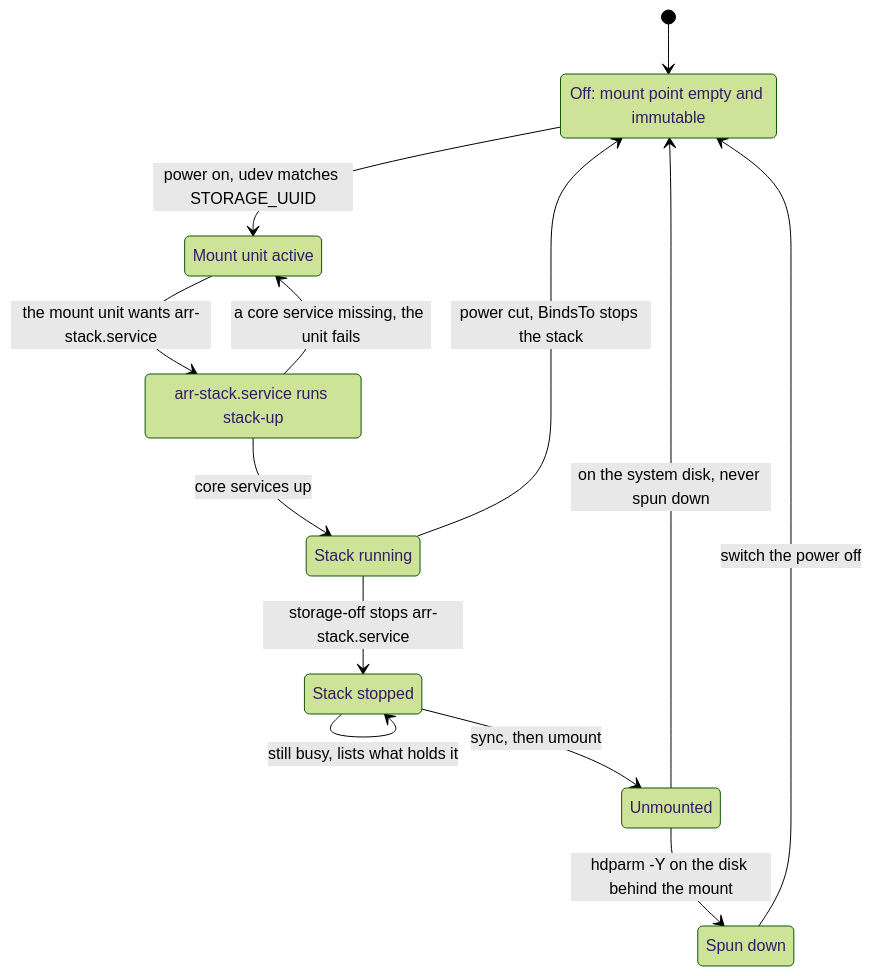
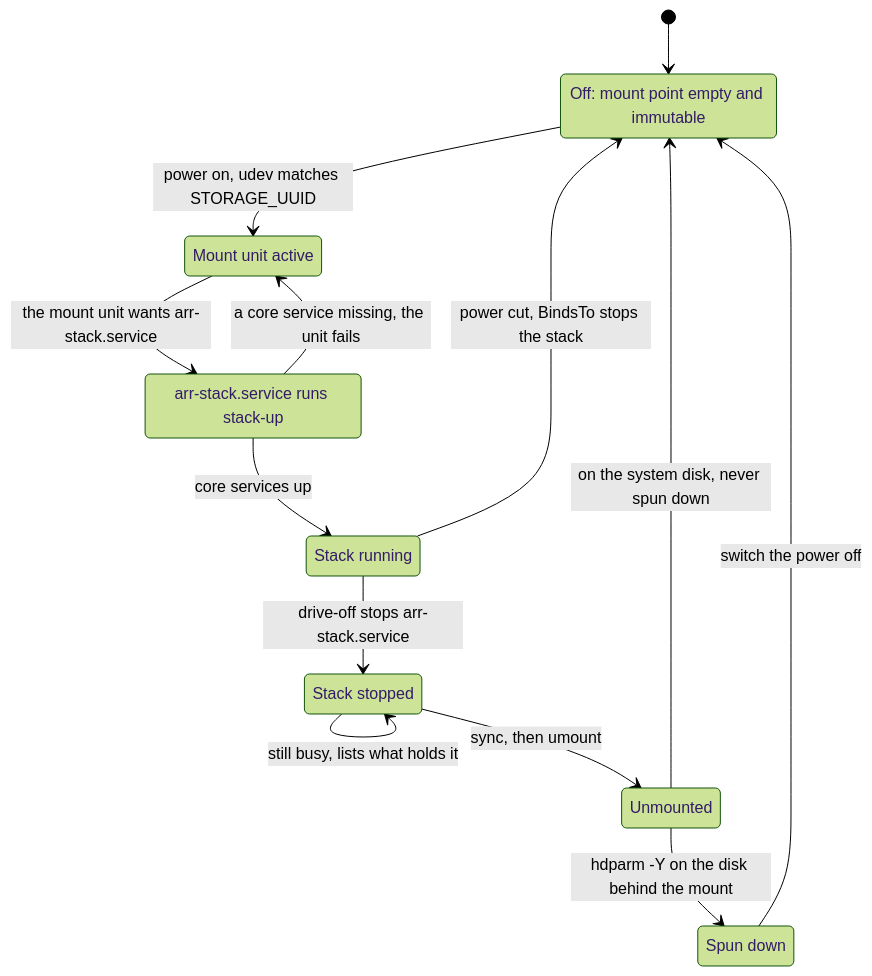
Before and after one commit to bugrauluyurt/homelab-media-stack: the first of 2 diagrams in docs/flows/storage-and-boot.md, drawn with Mermaid (forest theme). The commit also changed other lines of this file and 200 other files, not shown here.

````diff
--- a/docs/flows/storage-and-boot.md
+++ b/docs/flows/storage-and-boot.md
@@ -14,22 +14,22 @@
 ```mermaid
 stateDiagram-v2
   state "Off: mount point empty and immutable" as Off
   state "Mount unit active" as Mounted
   state "arr-stack.service runs stack-up" as Starting
   state "Stack running" as Running
   state "Stack stopped" as Stopped
   state "Unmounted" as Unmounted
   state "Spun down" as SpunDown
   [*] --> Off
   Off --> Mounted: power on, udev matches STORAGE_UUID
   Mounted --> Starting: the mount unit wants arr-stack.service
   Starting --> Running: core services up
   Starting --> Mounted: a core service missing, the unit fails
-  Running --> Stopped: storage-off stops arr-stack.service
+  Running --> Stopped: drive-off stops arr-stack.service
   Stopped --> Stopped: still busy, lists what holds it
   Stopped --> Unmounted: sync, then umount
   Unmounted --> SpunDown: hdparm -Y on the disk behind the mount
   Unmounted --> Off: on the system disk, never spun down
   SpunDown --> Off: switch the power off
   Running --> Off: power cut, BindsTo stops the stack
 ```
````
